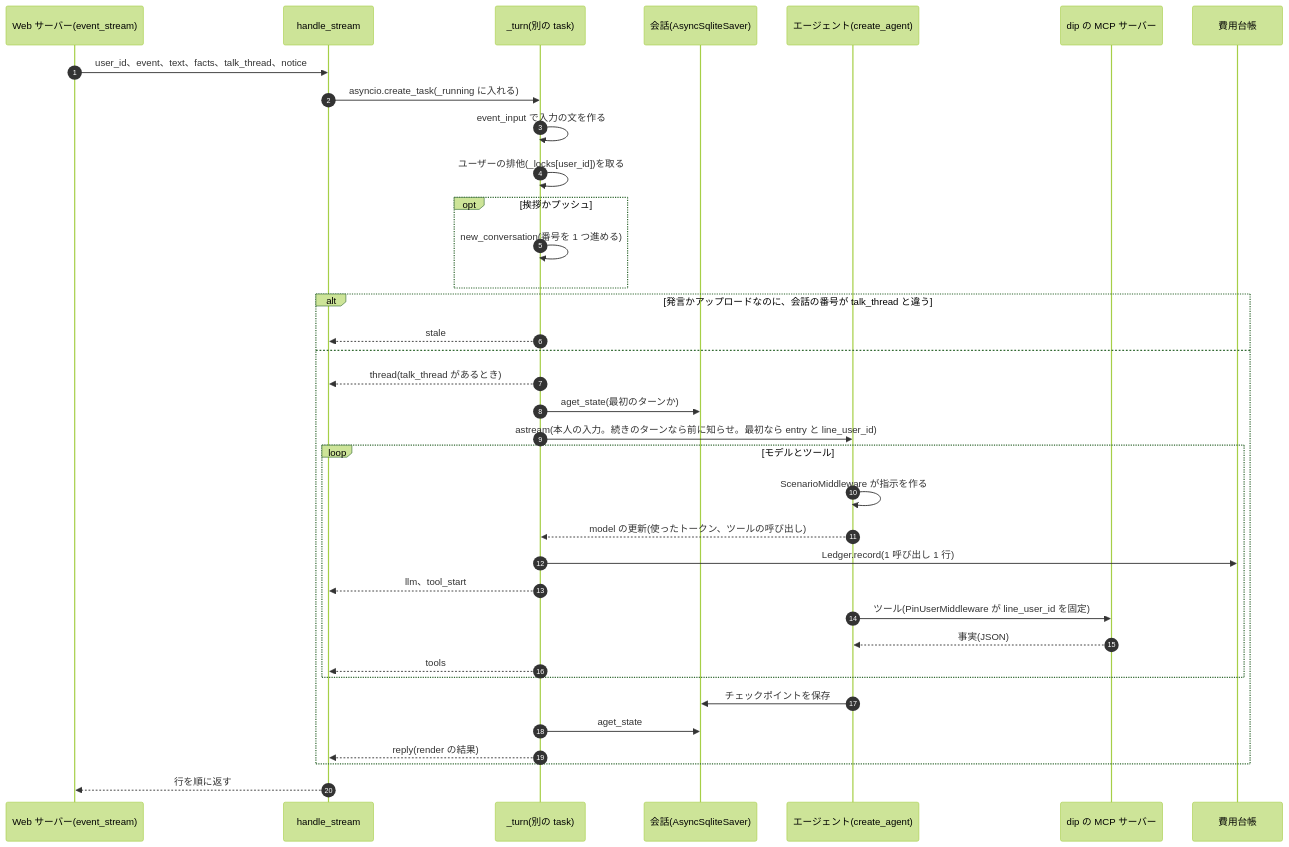
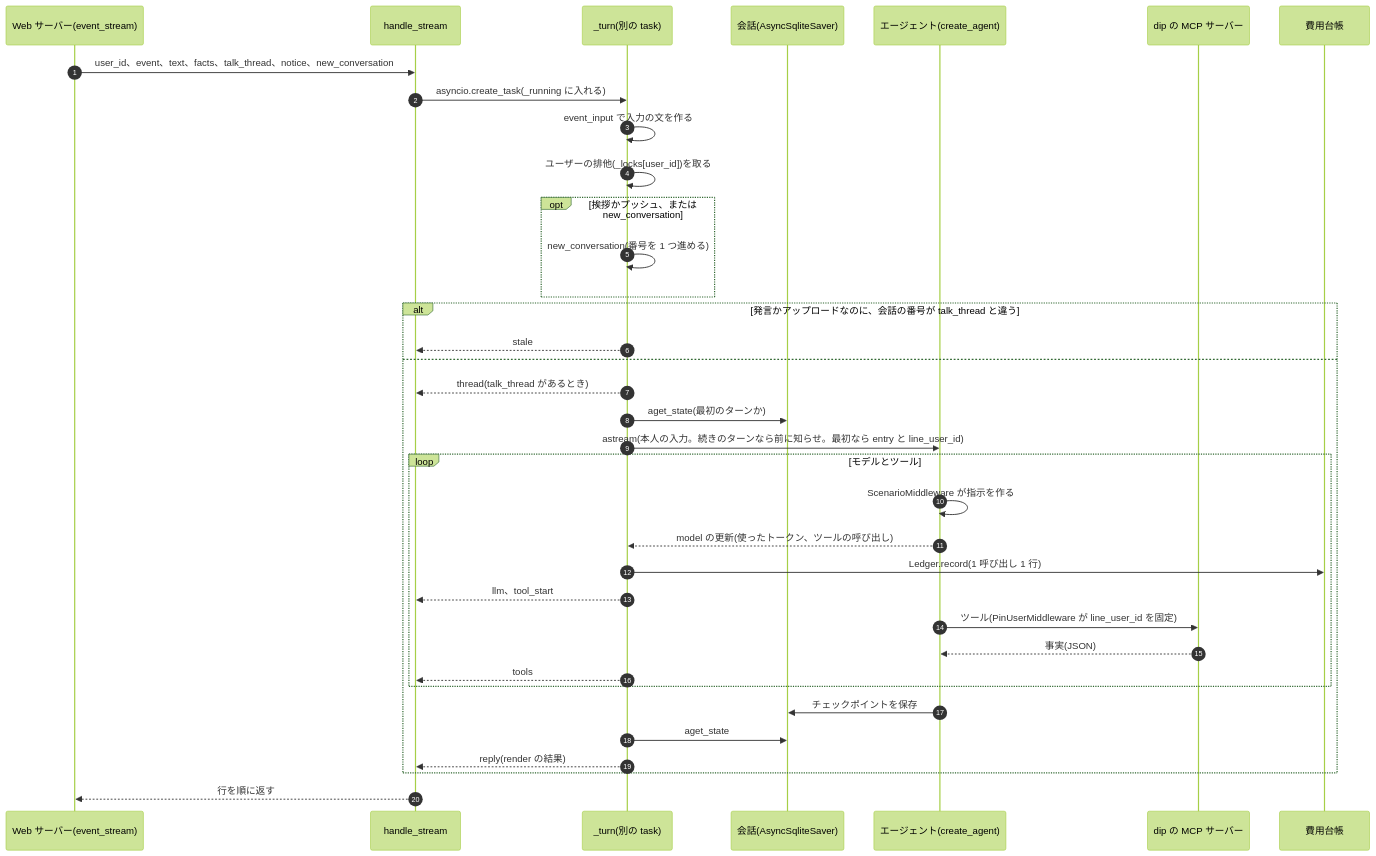
Before and after one commit to jyoka/aica: the fifth of 11 diagrams in docs/architecture/lld.md, drawn with Mermaid (forest theme). The commit also changed other lines of this file and 7 other files, not shown here.

````diff
--- a/docs/architecture/lld.md
+++ b/docs/architecture/lld.md
@@ -506,39 +506,39 @@
 ```mermaid
 sequenceDiagram
     autonumber
     participant S as Web サーバー(event_stream)
     participant H as handle_stream
     participant T as _turn(別の task)
     participant C as 会話(AsyncSqliteSaver)
     participant G as エージェント(create_agent)
     participant D as dip の MCP サーバー
     participant L as 費用台帳
 
-    S->>H: user_id、event、text、facts、talk_thread、notice
+    S->>H: user_id、event、text、facts、talk_thread、notice、new_conversation
     H->>T: asyncio.create_task(_running に入れる)
     T->>T: event_input で入力の文を作る
     T->>T: ユーザーの排他(_locks[user_id])を取る
-    opt 挨拶かプッシュ
+    opt 挨拶かプッシュ、または new_conversation
         T->>T: new_conversation(番号を 1 つ進める)
     end
     alt 発言かアップロードなのに、会話の番号が talk_thread と違う
         T-->>H: stale
     else
         T-->>H: thread(talk_thread があるとき)
         T->>C: aget_state(最初のターンか)
         T->>G: astream(本人の入力。続きのターンなら前に知らせ。最初なら entry と line_user_id)
         loop モデルとツール
             G->>G: ScenarioMiddleware が指示を作る
             G-->>T: model の更新(使ったトークン、ツールの呼び出し)
             T->>L: Ledger.record(1 呼び出し 1 行)
             T-->>H: llm、tool_start
             G->>D: ツール(PinUserMiddleware が line_user_id を固定)
             D-->>G: 事実(JSON)
             T-->>H: tools
         end
         G->>C: チェックポイントを保存
         T->>C: aget_state
         T-->>H: reply(render の結果)
     end
     H-->>S: 行を順に返す
 ```
````
